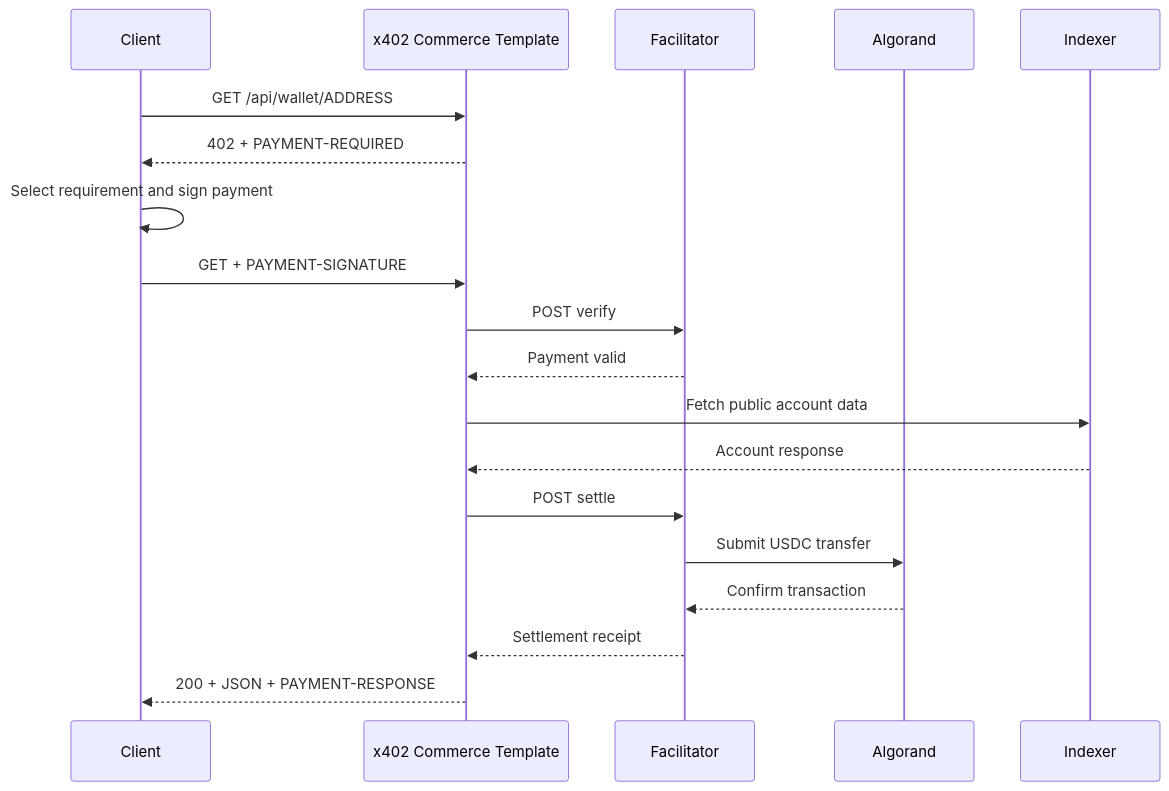
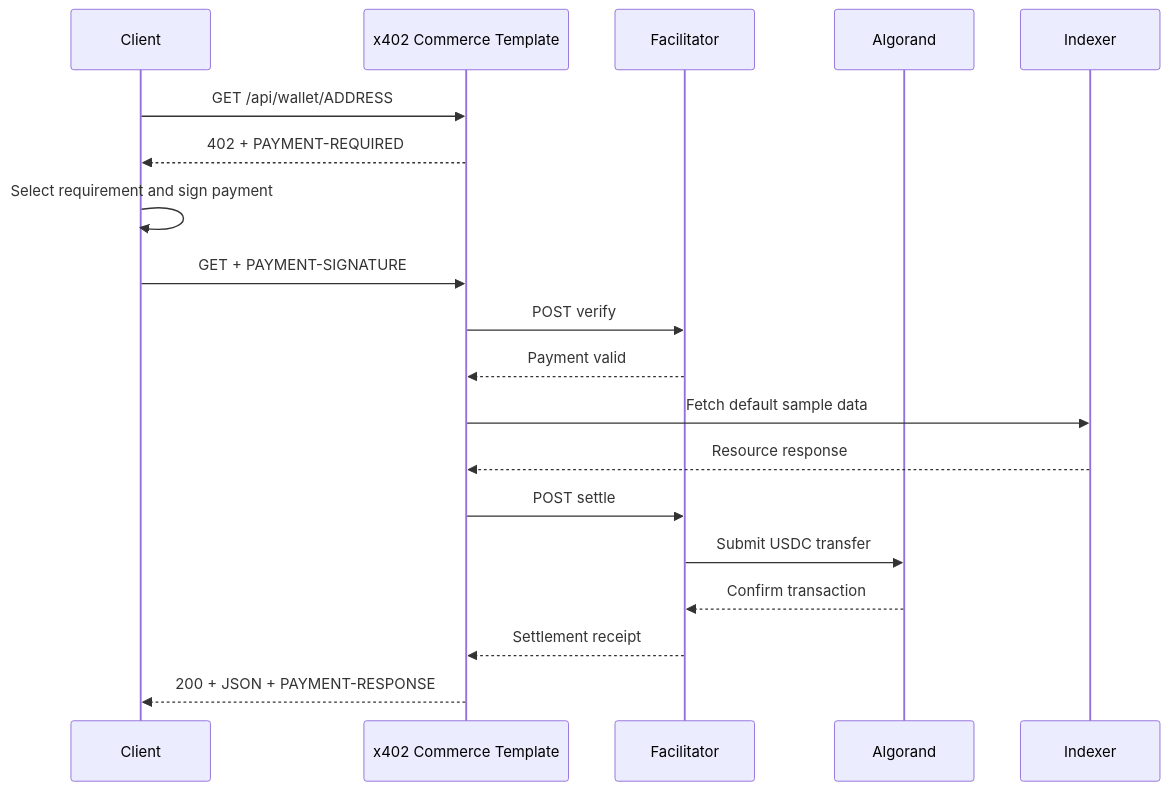
Before and after one commit to SURYA-SOLVER/TruthGuard: the diagram in docs/X402_FLOW.md, drawn with Mermaid. The commit also changed other lines of this file and 6 other files, not shown here.

````diff
--- a/docs/X402_FLOW.md
+++ b/docs/X402_FLOW.md
@@ -5,21 +5,21 @@
 ```mermaid
 sequenceDiagram
     participant Client
-    participant x402 Commerce Template
+    participant Server as x402 Commerce Template
     participant Facilitator
     participant Algorand
     participant Indexer
-    Client->>x402 Commerce Template: GET /api/wallet/ADDRESS
-    x402 Commerce Template-->>Client: 402 + PAYMENT-REQUIRED
+    Client->>Server: GET /api/wallet/ADDRESS
+    Server-->>Client: 402 + PAYMENT-REQUIRED
     Client->>Client: Select requirement and sign payment
-    Client->>x402 Commerce Template: GET + PAYMENT-SIGNATURE
-    x402 Commerce Template->>Facilitator: POST verify
-    Facilitator-->>x402 Commerce Template: Payment valid
-    x402 Commerce Template->>Indexer: Fetch public account data
-    Indexer-->>x402 Commerce Template: Account response
-    x402 Commerce Template->>Facilitator: POST settle
+    Client->>Server: GET + PAYMENT-SIGNATURE
+    Server->>Facilitator: POST verify
+    Facilitator-->>Server: Payment valid
+    Server->>Indexer: Fetch default sample data
+    Indexer-->>Server: Resource response
+    Server->>Facilitator: POST settle
     Facilitator->>Algorand: Submit USDC transfer
     Algorand-->>Facilitator: Confirm transaction
-    Facilitator-->>x402 Commerce Template: Settlement receipt
-    x402 Commerce Template-->>Client: 200 + JSON + PAYMENT-RESPONSE
+    Facilitator-->>Server: Settlement receipt
+    Server-->>Client: 200 + JSON + PAYMENT-RESPONSE
 ```
````
